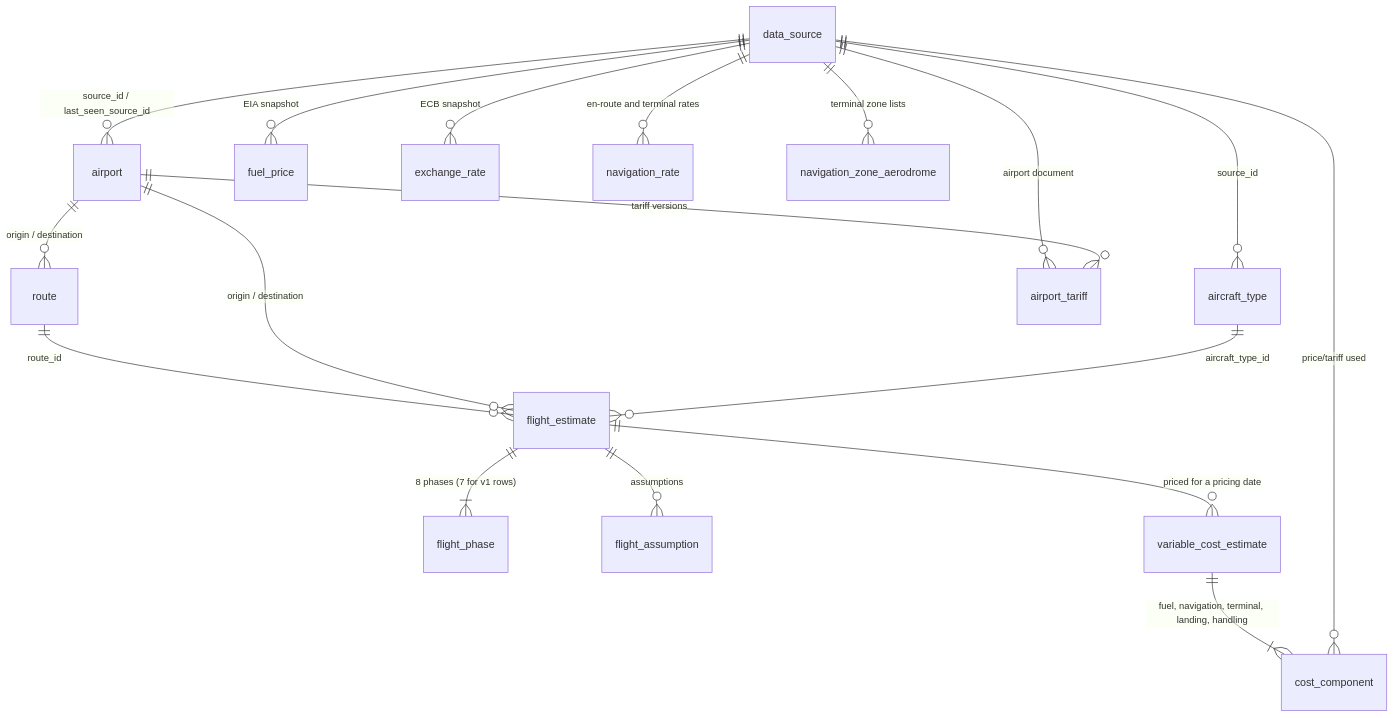
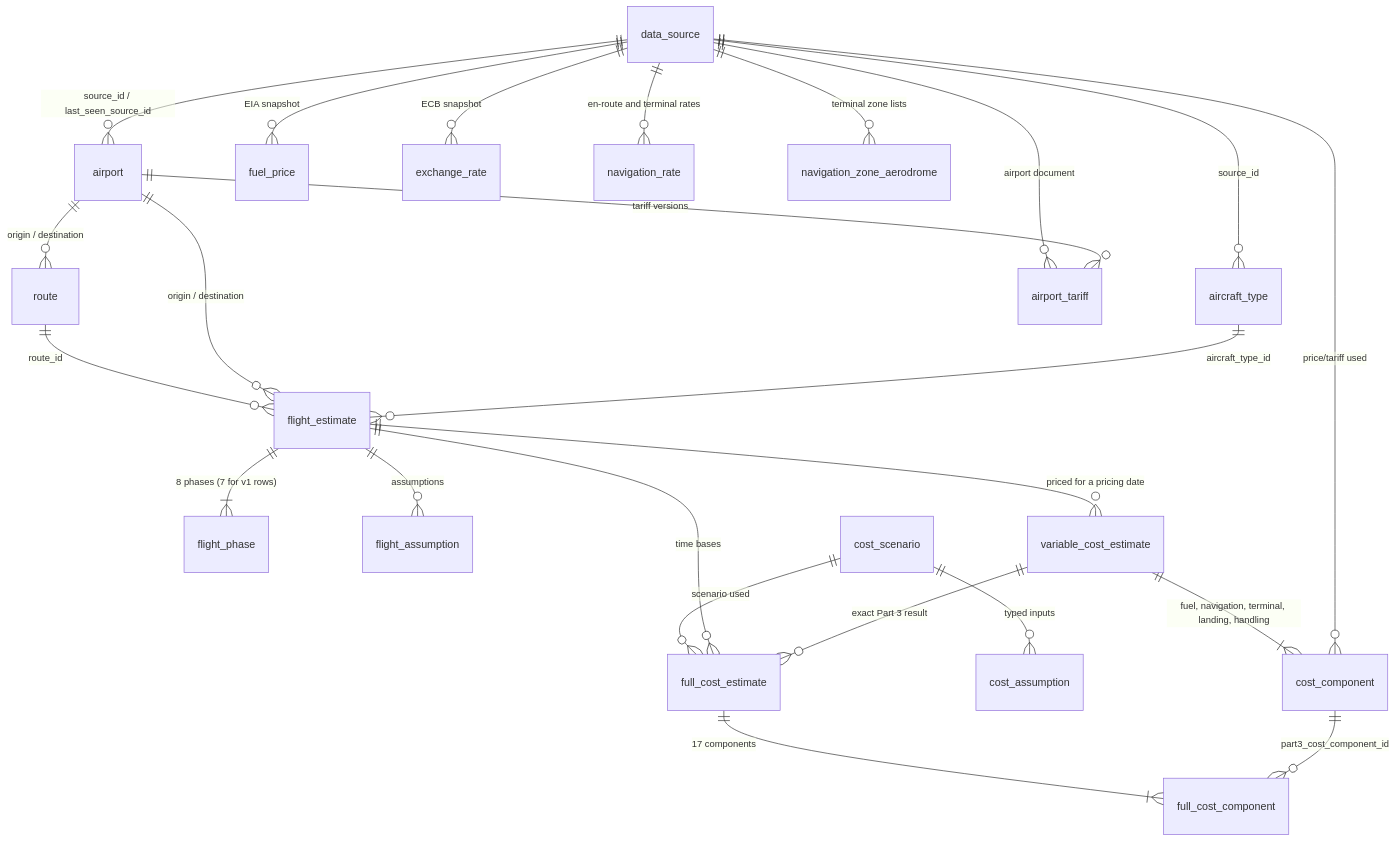
One commit to rishitank1805/aircraft-cost-model changed the second of 4 diagrams in docs/architecture.md. Above: the diagram before and after it, drawn with Mermaid. The commit also changed other lines of this file and 40 other files, not shown here.

First line of the commit message:
Part 4: full operating costs from scenarios and public benchmarks

````diff
--- a/docs/architecture.md
+++ b/docs/architecture.md
@@ -152,20 +154,26 @@
 ```mermaid
 erDiagram
     data_source ||--o{ airport : "source_id / last_seen_source_id"
     data_source ||--o{ aircraft_type : "source_id"
     airport ||--o{ route : "origin / destination"
     route ||--o{ flight_estimate : "route_id"
     airport ||--o{ flight_estimate : "origin / destination"
     aircraft_type ||--o{ flight_estimate : "aircraft_type_id"
     flight_estimate ||--|{ flight_phase : "8 phases (7 for v1 rows)"
     flight_estimate ||--o{ flight_assumption : "assumptions"
     flight_estimate ||--o{ variable_cost_estimate : "priced for a pricing date"
     variable_cost_estimate ||--|{ cost_component : "fuel, navigation, terminal, landing, handling"
     data_source ||--o{ fuel_price : "EIA snapshot"
     data_source ||--o{ exchange_rate : "ECB snapshot"
     data_source ||--o{ navigation_rate : "en-route and terminal rates"
     data_source ||--o{ navigation_zone_aerodrome : "terminal zone lists"
     data_source ||--o{ airport_tariff : "airport document"
     airport ||--o{ airport_tariff : "tariff versions"
     data_source ||--o{ cost_component : "price/tariff used"
+    cost_scenario ||--o{ cost_assumption : "typed inputs"
+    cost_scenario ||--o{ full_cost_estimate : "scenario used"
+    flight_estimate ||--o{ full_cost_estimate : "time bases"
+    variable_cost_estimate ||--o{ full_cost_estimate : "exact Part 3 result"
+    full_cost_estimate ||--|{ full_cost_component : "17 components"
+    cost_component ||--o{ full_cost_component : "part3_cost_component_id"
 ```
````
